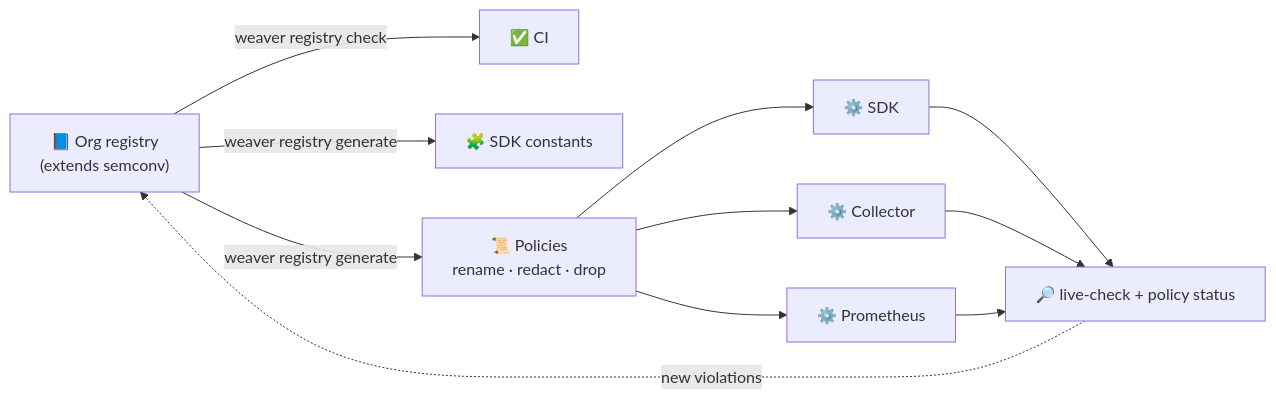
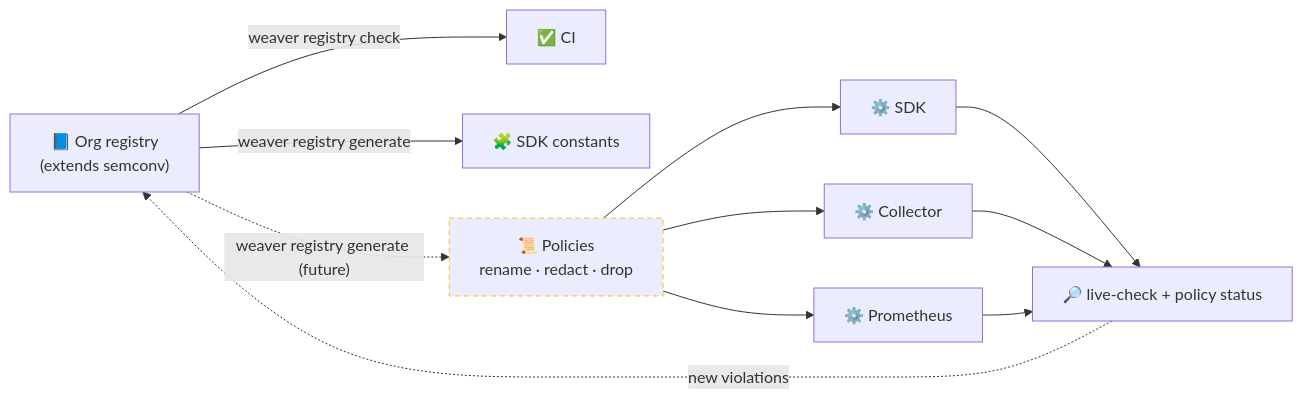
One commit to jaronoff97/slides changed the second of 3 diagrams in decks/kubecon-na-2026.md. Above: the diagram before and after it, drawn with Mermaid. The commit also changed other lines of this file and 1 other file, not shown here.

````diff
--- a/decks/kubecon-na-2026.md
+++ b/decks/kubecon-na-2026.md
@@ -692,13 +618,15 @@
 ```mermaid {scale: 0.62}
 flowchart LR
   REG["📘 Org registry<br/>(extends semconv)"] -->|weaver registry check| CI["✅ CI"]
   REG -->|weaver registry generate| CODE["🧩 SDK constants"]
-  REG -->|weaver registry generate| POL["📜 Policies<br/>rename · redact · drop"]
+  REG -.->|"weaver registry generate (future)"| POL["📜 Policies<br/>rename · redact · drop"]
   POL --> SDK["⚙️ SDK"]
   POL --> COL["⚙️ Collector"]
   POL --> PROM["⚙️ Prometheus"]
   SDK --> LC["🔎 live-check + policy status"]
   COL --> LC
   PROM --> LC
   LC -.->|new violations| REG
+  classDef future stroke:#fbbf24,stroke-dasharray:5 4;
+  class POL future;
 ```
````
